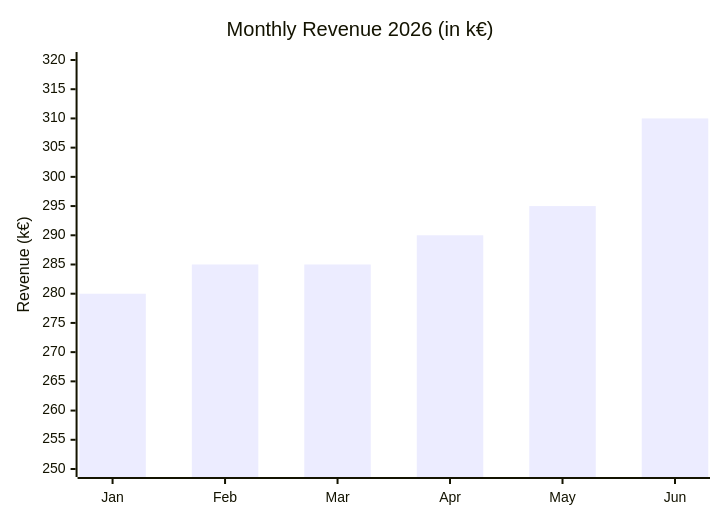
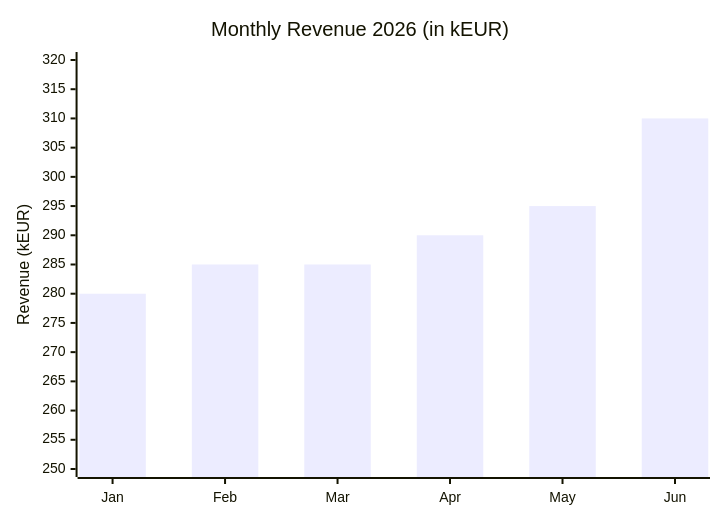
One commit to justinsz/ProPrompt changed the first of 3 diagrams in analysts_en.md. Above: the diagram before and after it, drawn with Mermaid.

Commit message:
Fix € symbol in analysts_en.md xychart-beta (k€ → kEUR)

````diff
--- a/analysts_en.md
+++ b/analysts_en.md
@@ -154,7 +154,7 @@
 ```mermaid
 xychart-beta
-    title "Monthly Revenue 2026 (in k€)"
+    title "Monthly Revenue 2026 (in kEUR)"
     x-axis [Jan, Feb, Mar, Apr, May, Jun]
-    y-axis "Revenue (k€)" 250 --> 320
+    y-axis "Revenue (kEUR)" 250 --> 320
     bar [280, 285, 285, 290, 295, 310]
 ```
````
